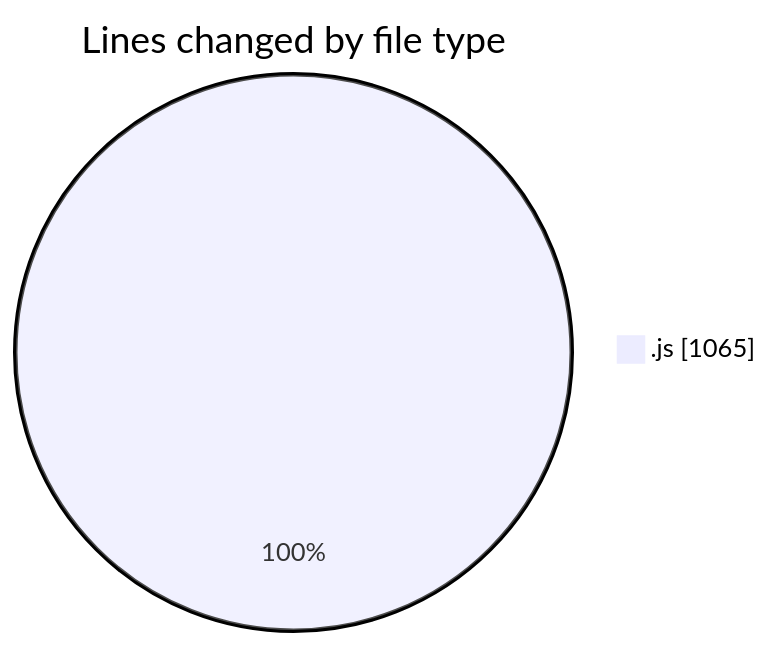
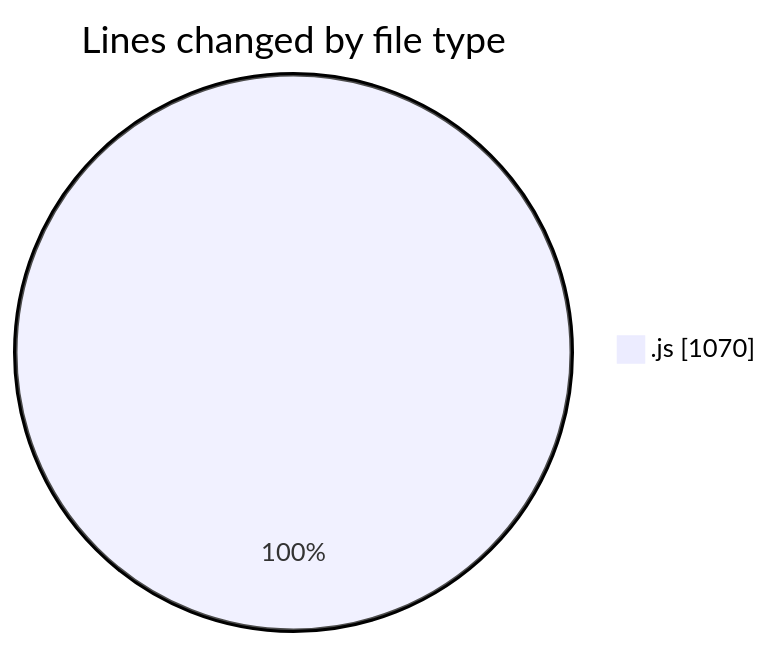
One commit to nxtqubesakshisongat/code-tracking changed the first of 2 diagrams in 2025-11-04/nxtqube_webapp/README.md. Above: the diagram before and after it, drawn with Mermaid. The commit also changed other lines of this file and 1 other file, not shown here.

````diff
--- a/2025-11-04/nxtqube_webapp/README.md
+++ b/2025-11-04/nxtqube_webapp/README.md
@@ -24,5 +24,5 @@
 ```mermaid
 pie showData
 title Lines changed by file type
-".js" : 1065
+".js" : 1070
 ```
````
